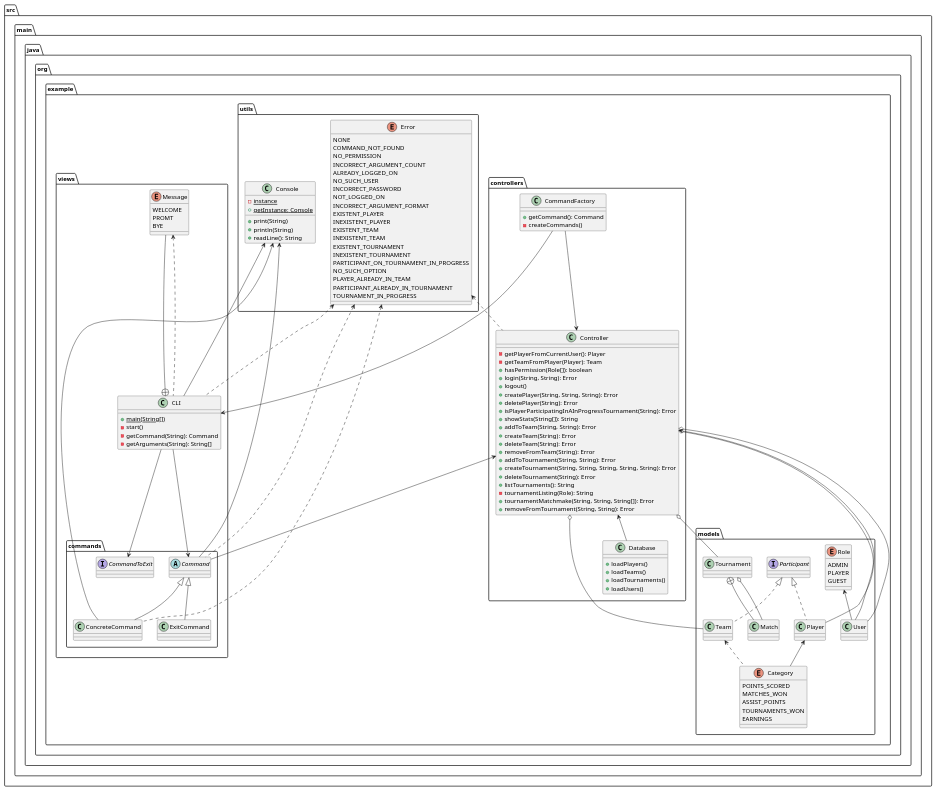
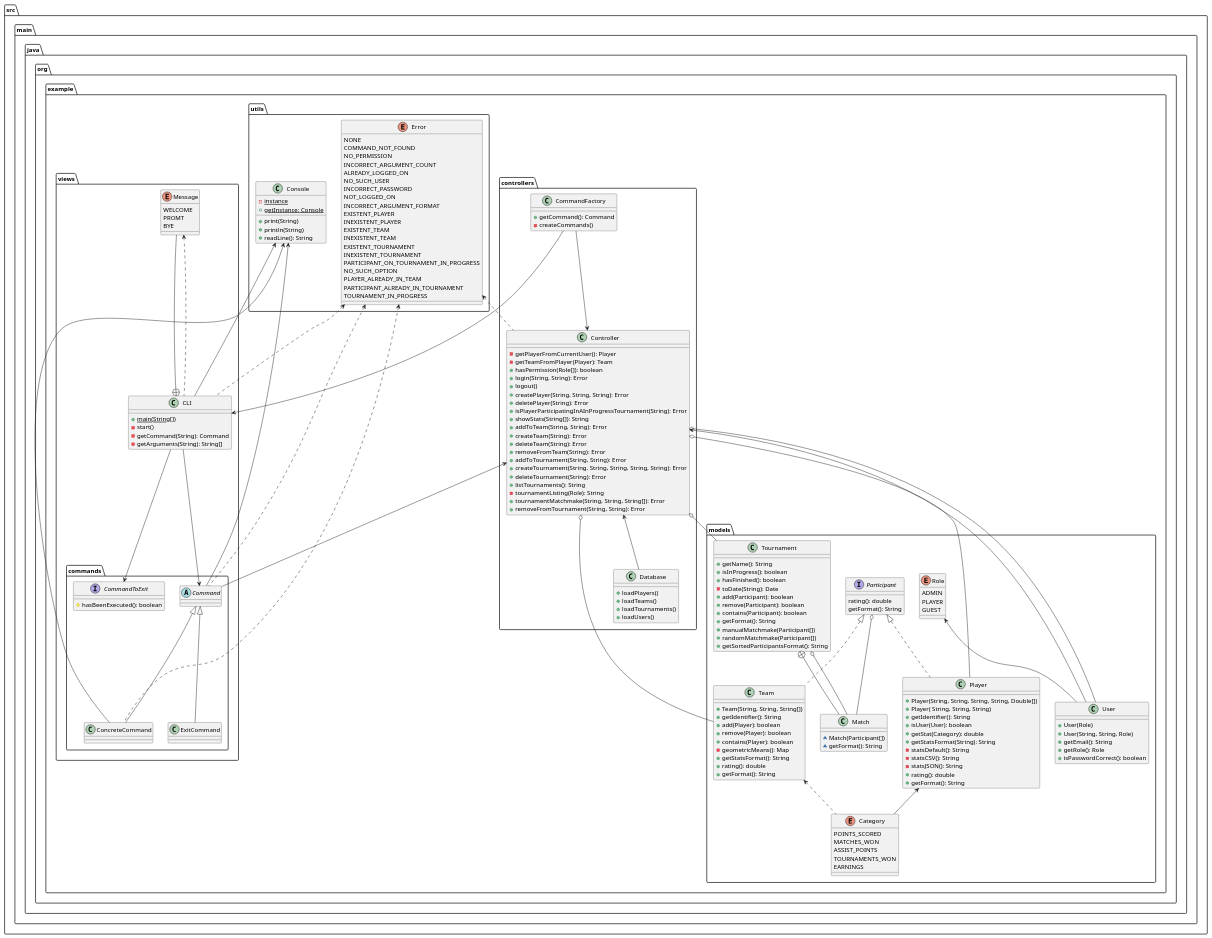
One commit to kareiku/poo-practica changed the diagram in diagram.puml. Above: the diagram before and after it, drawn with PlantUML. The commit also changed 4 other files, not shown here.

Commit message:
UML + some method name changes

```diff
--- a/diagram.puml
+++ b/diagram.puml
@@ -1,143 +1,195 @@
 @startuml
 
 package src.main.java.org.example {
     package controllers {
         class CommandFactory {
             +getCommand(): Command
             -createCommands()
         }
         class Controller {
             -getPlayerFromCurrentUser(): Player
             -getTeamFromPlayer(Player): Team
             +hasPermission(Role[]): boolean
             +login(String, String): Error
             +logout()
             +createPlayer(String, String, String): Error
             +deletePlayer(String): Error
             +isPlayerParticipatingInAInProgressTournament(String): Error
             +showStats(String[]): String
             +addToTeam(String, String): Error
             +createTeam(String): Error
             +deleteTeam(String): Error
             +removeFromTeam(String): Error
             +addToTournament(String, String): Error
             +createTournament(String, String, String, String, String): Error
             +deleteTournament(String): Error
             +listTournaments(): String
             -tournamentListing(Role): String
             +tournamentMatchmake(String, String, String[]): Error
             +removeFromTournament(String, String): Error
         }
         class Database {
             +loadPlayers()
             +loadTeams()
             +loadTournaments()
             +loadUsers()
         }
     }
 
     package models {
         enum Category {
             POINTS_SCORED
             MATCHES_WON
             ASSIST_POINTS
             TOURNAMENTS_WON
             EARNINGS
         }
-        interface Participant
-        class Player implements Participant
+        interface Participant {
+            rating(): double
+            getFormat(): String
+        }
+        class Player implements Participant {
+            +Player(String, String, String, String, Double[])
+            +Player( String, String, String)
+            +getIdentifier(): String
+            +isUser(User): boolean
+            +getStat(Category): double
+            +getStatsFormat(String): String
+            -statsDefault(): String
+            -statsCSV(): String
+            -statsJSON(): String
+            +rating(): double
+            +getFormat(): String
+        }
         enum Role {
             ADMIN
             PLAYER
             GUEST
         }
-        class Team implements Participant
-        class Tournament
-        class Match
-        class User
+        class Team implements Participant {
+            +Team(String, String, String[])
+            +getIdentifier(): String
+            +add(Player): boolean
+            +remove(Player): boolean
+            +contains(Player): boolean
+            -geometricMeans(): Map
+            +getStatsFormat(): String
+            +rating(): double
+            +getFormat(): String
+        }
+        class Tournament {
+            +getName(): String
+            +isInProgress(): boolean
+            +hasFinished(): boolean
+            -toDate(String): Date
+            +add(Participant): boolean
+            +remove(Participant): boolean
+            +contains(Participant): boolean
+            +getFormat(): String
+            +manualMatchmake(Participant[])
+            +randomMatchmake(Participant[])
+            +getSortedParticipantsFormat(): String
+        }
+        class Match {
+            ~Match(Participant[])
+            ~getFormat(): String
+        }
+        class User {
+            +User(Role)
+            +User(String, String, Role)
+            +getEmail(): String
+            +getRole(): Role
+            +isPasswordCorrect(): boolean
+        }
     }
 
     package utils {
         class Console {
             -{static}instance
             +{static}getInstance: Console
             +print(String)
             +println(String)
             +readLine(): String
         }
         enum Error {
             NONE
             COMMAND_NOT_FOUND
             NO_PERMISSION
             INCORRECT_ARGUMENT_COUNT
             ALREADY_LOGGED_ON
             NO_SUCH_USER
             INCORRECT_PASSWORD
             NOT_LOGGED_ON
             INCORRECT_ARGUMENT_FORMAT
             EXISTENT_PLAYER
             INEXISTENT_PLAYER
             EXISTENT_TEAM
             INEXISTENT_TEAM
             EXISTENT_TOURNAMENT
             INEXISTENT_TOURNAMENT
             PARTICIPANT_ON_TOURNAMENT_IN_PROGRESS
             NO_SUCH_OPTION
             PLAYER_ALREADY_IN_TEAM
             PARTICIPANT_ALREADY_IN_TOURNAMENT
             TOURNAMENT_IN_PROGRESS
         }
     }
 
     package views {
         package commands {
-            abstract Command
-            interface CommandToExit
-            class ConcreteCommand extends Command
+            abstract Command {
+            }
+            interface CommandToExit {
+                #hasBeenExecuted(): boolean
+            }
+            class ConcreteCommand extends Command {
+            }
             class ExitCommand extends Command
         }
         class CLI {
             +{static}main(String[])
             -start()
             -getCommand(String): Command
             -getArguments(String): String[]
         }
         enum Message {
             WELCOME
             PROMT
             BYE
         }
     }
 }
 
 CommandFactory --> CLI
 CommandFactory --> Controller
 CLI --> Command
 Command --> Controller
 
 Console <-- CLI
 Console <-- Command
 Console <-- ConcreteCommand
 
 Tournament +-- Match
 Tournament o-- Match
+Participant o-- Match
+
 Message --+ CLI
 Message <.. CLI
 CommandToExit <-- CLI
 Role <-- User
 Team <.. Category
 Player <-- Category
 
 Error <.. Command
 Error <.. ConcreteCommand
 Error <.. Controller
 Error <.. CLI
 
 Controller <-- User
 Controller o-- Player
 Controller o-- Team
 Controller o-- Tournament
 Controller o-- User
 Controller <-- Database
 
 @enduml
```
